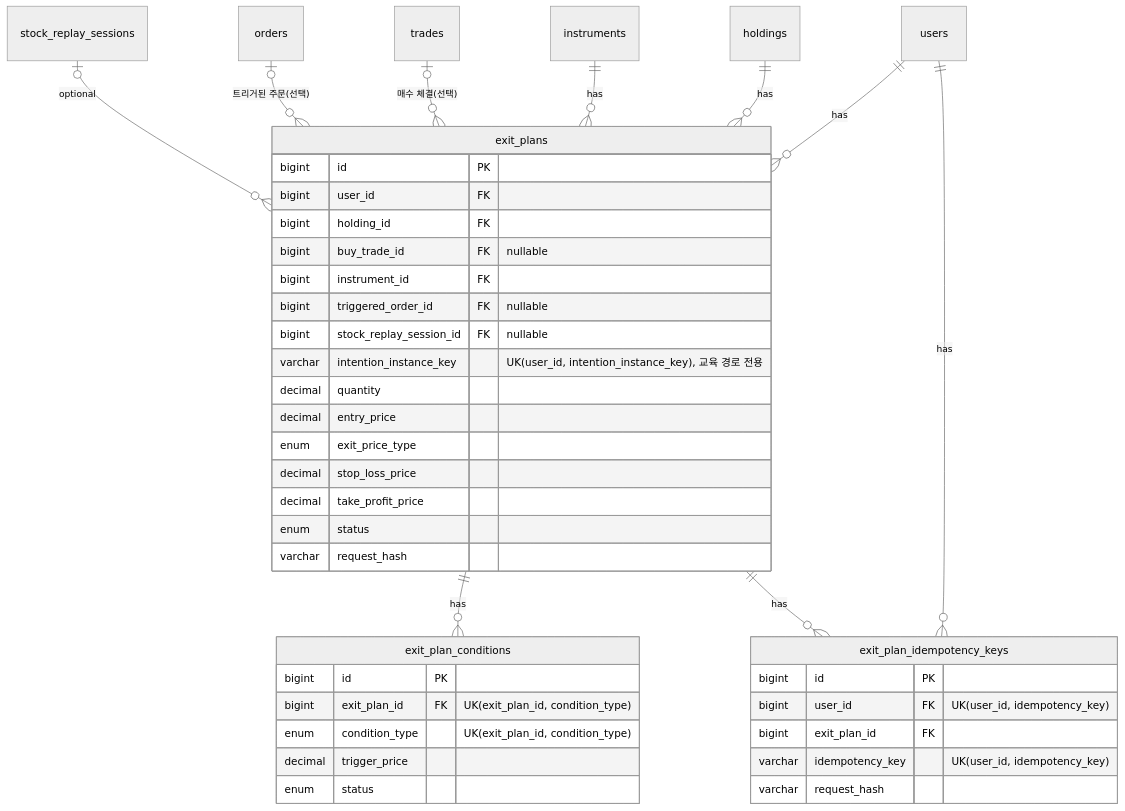
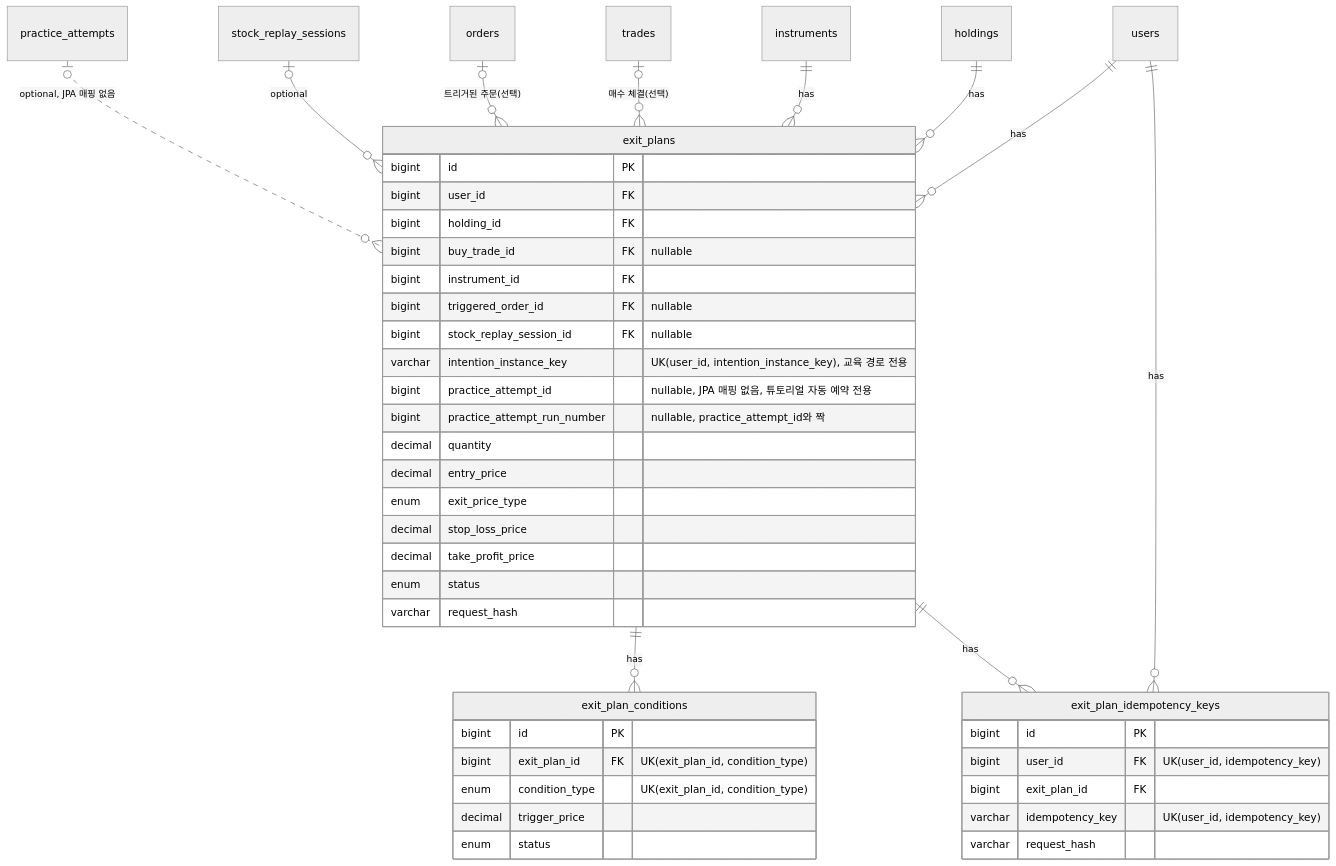
One commit to finplay-team/finplay changed the fifth of 8 diagrams in docs/erd.md. Above: the diagram before and after it, drawn with Mermaid (neutral theme). The commit also changed other lines of this file, not shown here.

First line of the commit message:
docs: ERD에 practice_attempt 귀속 FK와 전체 통합 다이어그램을 추가한다

````diff
--- a/docs/erd.md
+++ b/docs/erd.md
@@ -276,44 +386,47 @@
 ```mermaid
 erDiagram
     users ||--o{ exit_plans : has
     holdings ||--o{ exit_plans : has
     instruments ||--o{ exit_plans : has
     trades |o--o{ exit_plans : "매수 체결(선택)"
     orders |o--o{ exit_plans : "트리거된 주문(선택)"
     stock_replay_sessions |o--o{ exit_plans : "optional"
+    practice_attempts |o..o{ exit_plans : "optional, JPA 매핑 없음"
     exit_plans ||--o{ exit_plan_conditions : has
     users ||--o{ exit_plan_idempotency_keys : has
     exit_plans ||--o{ exit_plan_idempotency_keys : has
 
     exit_plans {
         bigint id PK
         bigint user_id FK
         bigint holding_id FK
         bigint buy_trade_id FK "nullable"
         bigint instrument_id FK
         bigint triggered_order_id FK "nullable"
         bigint stock_replay_session_id FK "nullable"
         varchar intention_instance_key "UK(user_id, intention_instance_key), 교육 경로 전용"
+        bigint practice_attempt_id "nullable, JPA 매핑 없음, 튜토리얼 자동 예약 전용"
+        bigint practice_attempt_run_number "nullable, practice_attempt_id와 짝"
         decimal quantity
         decimal entry_price
         enum exit_price_type
         decimal stop_loss_price
         decimal take_profit_price
         enum status
         varchar request_hash
     }
     exit_plan_conditions {
         bigint id PK
         bigint exit_plan_id FK "UK(exit_plan_id, condition_type)"
         enum condition_type "UK(exit_plan_id, condition_type)"
         decimal trigger_price
         enum status
     }
     exit_plan_idempotency_keys {
         bigint id PK
         bigint user_id FK "UK(user_id, idempotency_key)"
         bigint exit_plan_id FK
         varchar idempotency_key "UK(user_id, idempotency_key)"
         varchar request_hash
     }
 ```
````
